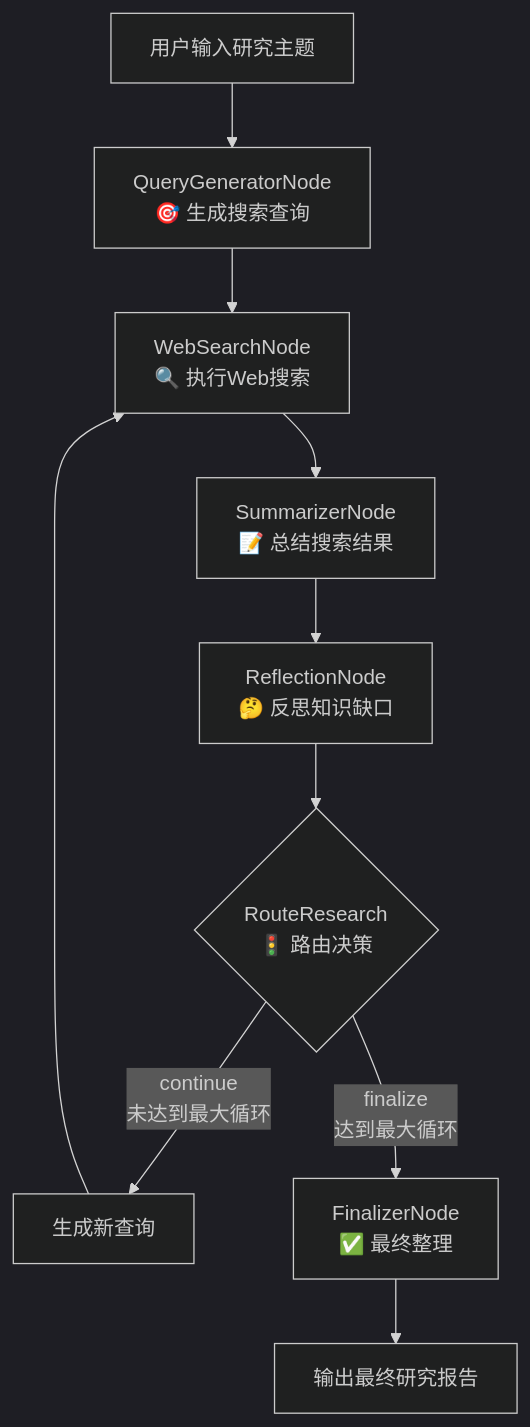
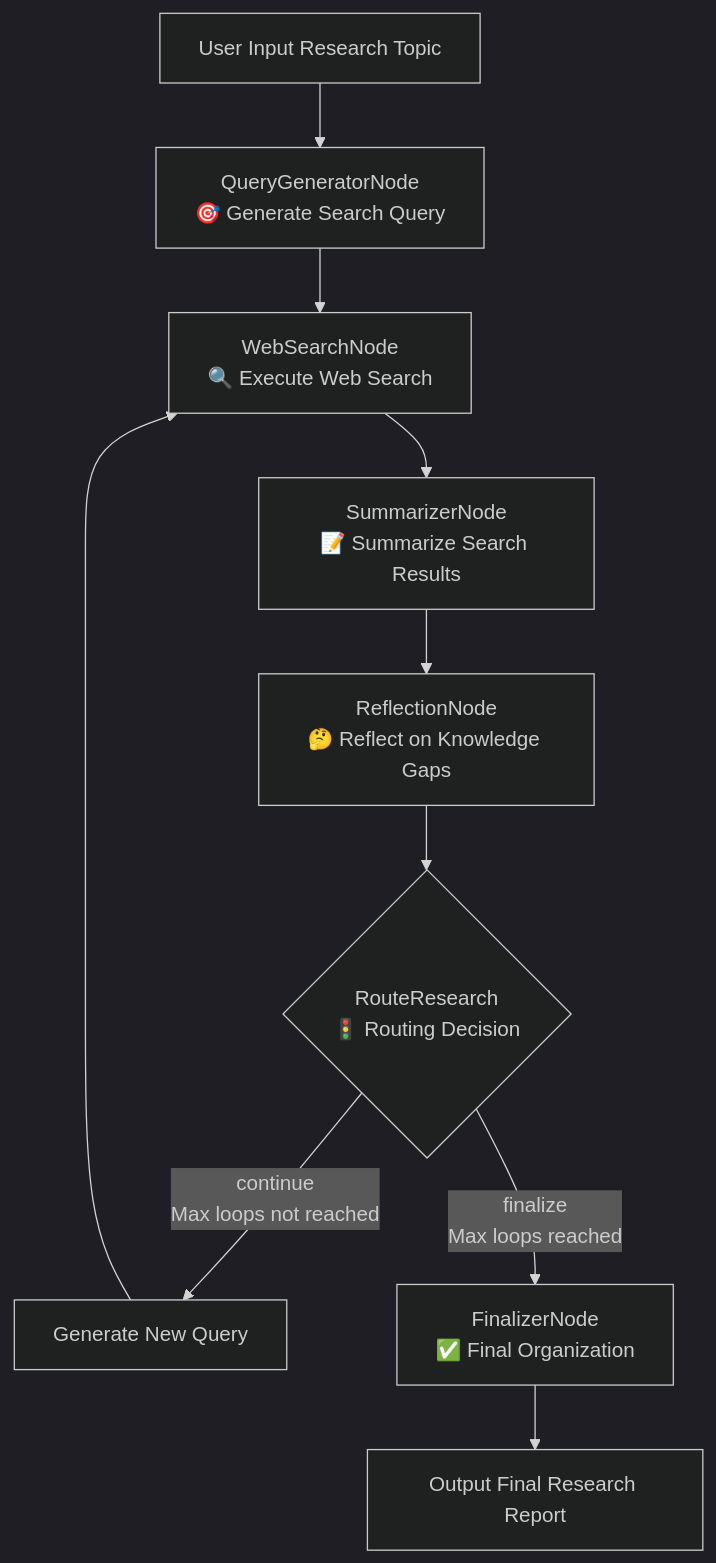
The diagram in README.md (langgraph4j/langgraph4j-deep-researcher), drawn with Mermaid (dark theme) before and after one commit. The commit also changed other lines of this file and 36 other files, not shown here.

````diff
--- a/README.md
+++ b/README.md
@@ -114,12 +116,12 @@
 ```mermaid
 graph TD
-    A[用户输入研究主题] --> B[QueryGeneratorNode<br/>🎯 生成搜索查询]
-    B --> C[WebSearchNode<br/>🔍 执行Web搜索]
-    C --> D[SummarizerNode<br/>📝 总结搜索结果]
-    D --> E[ReflectionNode<br/>🤔 反思知识缺口]
-    E --> F{RouteResearch<br/>🚦 路由决策}
-    F -->|continue<br/>未达到最大循环| G[生成新查询]
+    A[User Input Research Topic] --> B[QueryGeneratorNode<br/>🎯 Generate Search Query]
+    B --> C[WebSearchNode<br/>🔍 Execute Web Search]
+    C --> D[SummarizerNode<br/>📝 Summarize Search Results]
+    D --> E[ReflectionNode<br/>🤔 Reflect on Knowledge Gaps]
+    E --> F{RouteResearch<br/>🚦 Routing Decision}
+    F -->|continue<br/>Max loops not reached| G[Generate New Query]
     G --> C
-    F -->|finalize<br/>达到最大循环| H[FinalizerNode<br/>✅ 最终整理]
-    H --> I[输出最终研究报告]
+    F -->|finalize<br/>Max loops reached| H[FinalizerNode<br/>✅ Final Organization]
+    H --> I[Output Final Research Report]
 ```
````
